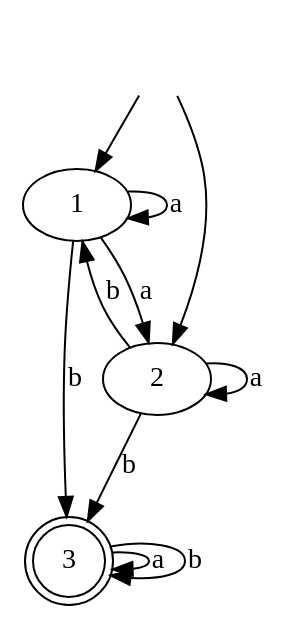
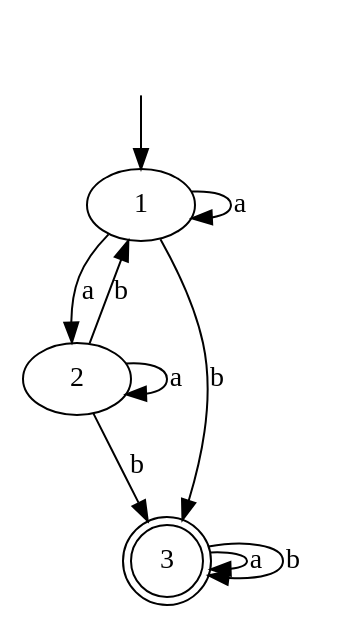
One commit to PyAlexOs/TheoryFormalLanguages changed the diagram in files/dependency_graphs/non-deterministic finite state machine.gv. Above: the diagram before and after it, drawn with Graphviz. The commit also changed 4 other files, not shown here.

```diff
--- a/files/dependency_graphs/non-deterministic finite state machine.gv
+++ b/files/dependency_graphs/non-deterministic finite state machine.gv
@@ -1,18 +1,16 @@
 digraph "non-deterministic finite state machine" {
 	" " [shape=plaintext]
 	" " -> 1
 	1 -> 1 [label=a]
 	1 -> 2 [label=a]
 	3 [shape=doublecircle]
 	1 -> 3 [label=b]
-	" " [shape=plaintext]
-	" " -> 2
 	2 -> 2 [label=a]
 	2 -> 1 [label=b]
 	3 [shape=doublecircle]
 	2 -> 3 [label=b]
 	3 [shape=doublecircle]
 	3 -> 3 [label=a]
 	3 [shape=doublecircle]
 	3 -> 3 [label=b]
 }
```
